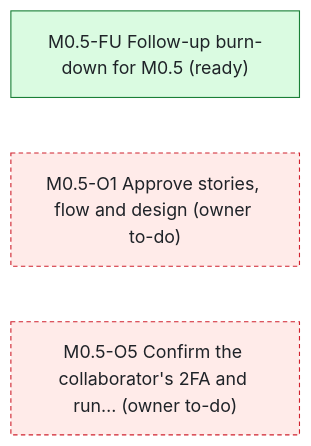
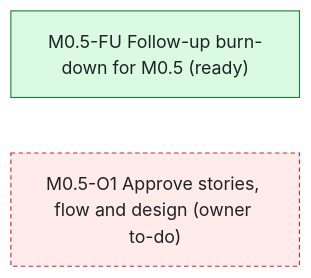
One commit to bondo/listicles2 changed the first of 3 diagrams in status.md. Above: the diagram before and after it, drawn with Mermaid. The commit also changed other lines of this file and 2 other files, not shown here.

````diff
--- a/status.md
+++ b/status.md
@@ -111,11 +111,10 @@
 ```mermaid
 flowchart LR
     n0["M0.5-FU Follow-up burn-down for M0.5 (ready)"]:::ready
     n1["M0.5-O1 Approve stories, flow and design (owner to-do)"]:::owner
-    n2["M0.5-O5 Confirm the collaborator's 2FA and run… (owner to-do)"]:::owner
     classDef ready fill:#dafbe1,stroke:#1a7f37,color:#1f2328
     classDef progress fill:#ddf4ff,stroke:#0969da,color:#1f2328
     classDef blocked fill:#fff8c5,stroke:#9a6700,color:#1f2328
     classDef owner fill:#ffebe9,stroke:#cf222e,color:#1f2328,stroke-dasharray:4 3
     classDef ext fill:#eaeef2,stroke:#59636e,color:#1f2328,stroke-dasharray:2 2
 ```
````
